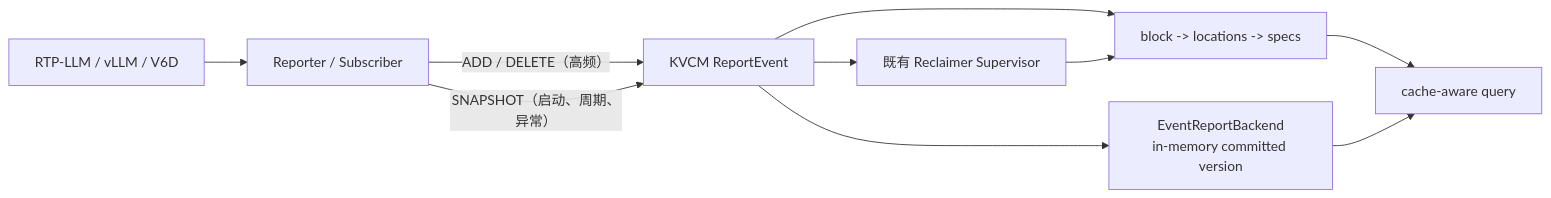
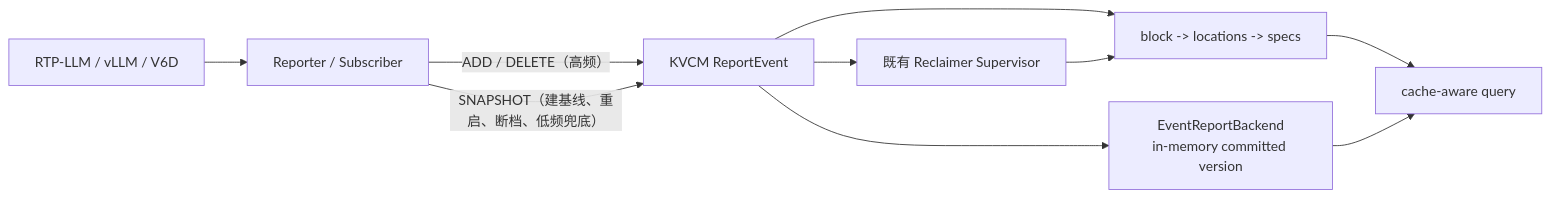
Before and after one commit to putaopi7/tair-kvcache: the first of 2 diagrams in docs/design/report_event_snapshot_uri_version.md, drawn with Mermaid. The commit also changed other lines of this file and 19 other files, not shown here.

Commit message:
[manager] align ReportEvent snapshot reconciliation design

````diff
--- a/docs/design/report_event_snapshot_uri_version.md
+++ b/docs/design/report_event_snapshot_uri_version.md
@@ -53,12 +52,12 @@
 ```mermaid
 flowchart LR
     Engine["RTP-LLM / vLLM / V6D"] --> Adapter["Reporter / Subscriber"]
     Adapter -->|"ADD / DELETE（高频）"| ReportEvent["KVCM ReportEvent"]
-    Adapter -->|"SNAPSHOT（启动、周期、异常）"| ReportEvent
+    Adapter -->|"SNAPSHOT（建基线、重启、断档、低频兜底）"| ReportEvent
     ReportEvent --> Meta["block -> locations -> specs"]
     ReportEvent --> Version["EventReportBackend<br/>in-memory committed version"]
     Meta --> Query["cache-aware query"]
     Version --> Query
     ReportEvent --> Reclaimer["既有 Reclaimer Supervisor"]
     Reclaimer --> Meta
 ```
````
